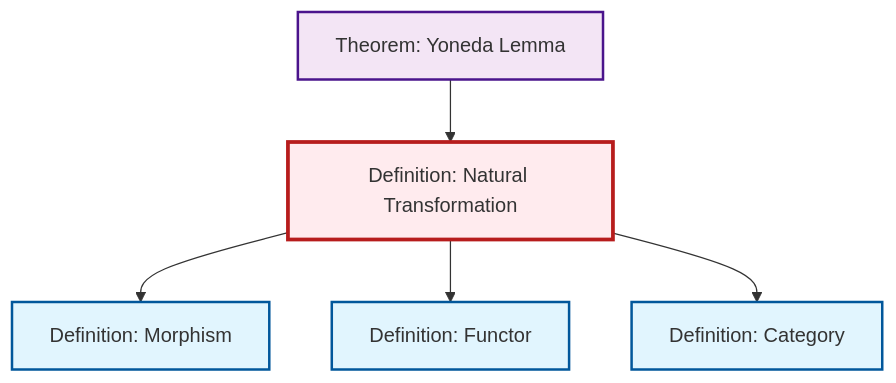
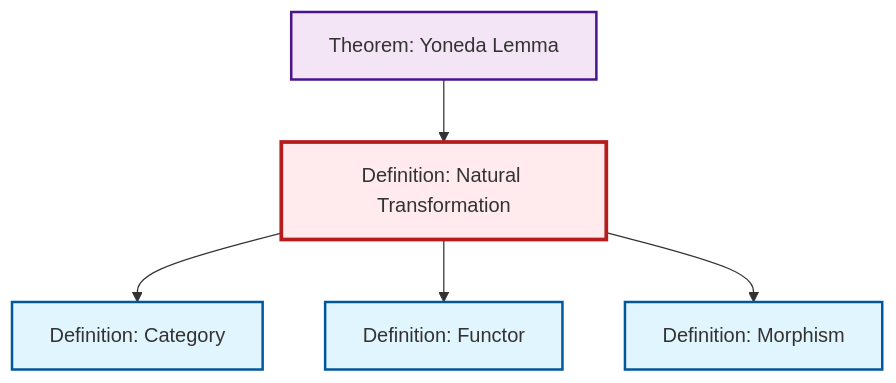
Before and after one commit to RK0429/ModernMath: the diagram in output/mermaid/def-natural-transformation.mermaid, drawn with Mermaid. The commit also changed other lines of this file and 1250 other files, not shown here.

```diff
--- a/output/mermaid/def-natural-transformation.mermaid
+++ b/output/mermaid/def-natural-transformation.mermaid
@@ -1,17 +1,17 @@
 %%| fig-cap: "Local dependency graph"
 graph TD
     classDef definition fill:#e1f5fe,stroke:#01579b,stroke-width:2px
     classDef theorem fill:#f3e5f5,stroke:#4a148c,stroke-width:2px
     classDef axiom fill:#fff3e0,stroke:#e65100,stroke-width:2px
     classDef example fill:#e8f5e9,stroke:#1b5e20,stroke-width:2px
     classDef current fill:#ffebee,stroke:#b71c1c,stroke-width:3px
     def-functor["Definition: Functor"]:::definition
+    def-morphism["Definition: Morphism"]:::definition
+    thm-yoneda["Theorem: Yoneda Lemma"]:::theorem
     def-natural-transformation["Definition: Natural Transformation"]:::definition
-    thm-yoneda["Theorem: Yoneda Lemma"]:::theorem
     def-category["Definition: Category"]:::definition
-    def-morphism["Definition: Morphism"]:::definition
     thm-yoneda --> def-natural-transformation
+    def-natural-transformation --> def-category
+    def-natural-transformation --> def-functor
     def-natural-transformation --> def-morphism
-    def-natural-transformation --> def-functor
-    def-natural-transformation --> def-category
     class def-natural-transformation current
```
